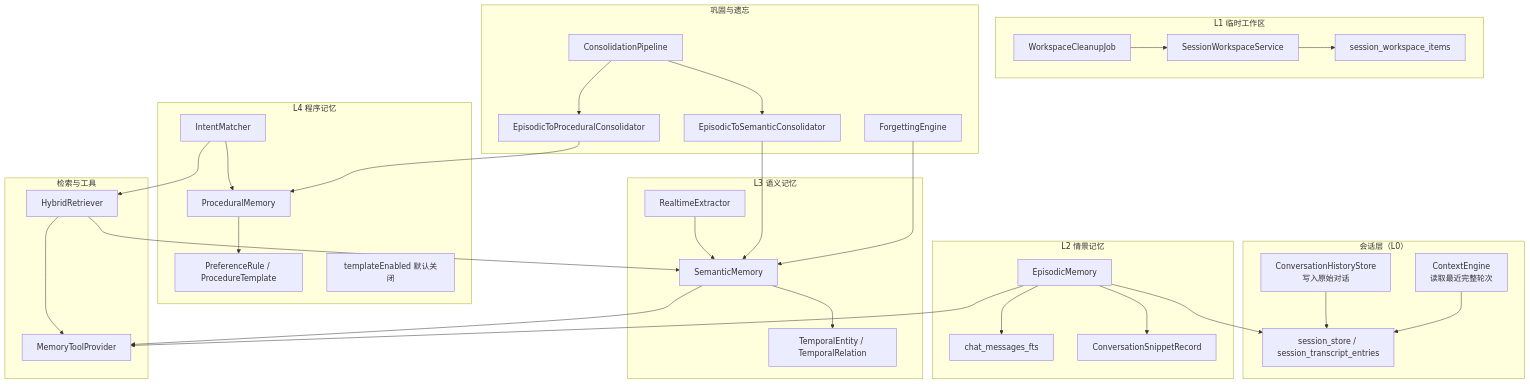
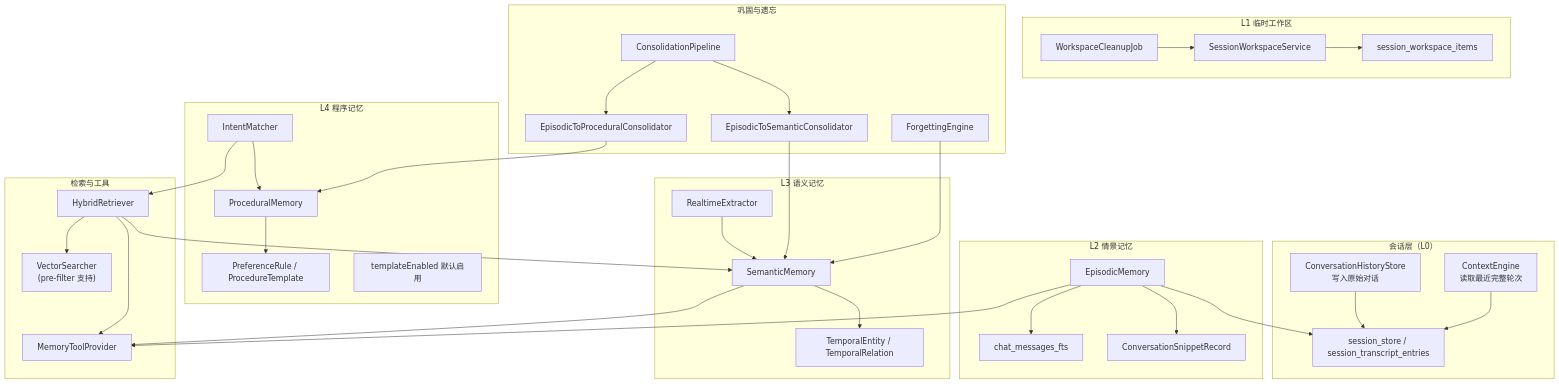
Before and after one commit to ntygod/LifePilot: the first of 4 diagrams in docs/architecture/memory-system.md, drawn with Mermaid. The commit also changed other lines of this file and 26 other files, not shown here.

````diff
--- a/docs/architecture/memory-system.md
+++ b/docs/architecture/memory-system.md
@@ -21,66 +21,68 @@
 ```mermaid
 graph TB
     subgraph "会话层（L0）"
         CHS["ConversationHistoryStore<br/>写入原始对话"]
         CE["ContextEngine<br/>读取最近完整轮次"]
         CMS["session_store / session_transcript_entries"]
         CHS --> CMS
         CE --> CMS
     end
 
     subgraph "L1 临时工作区"
         SWS["SessionWorkspaceService"]
         WCJ["WorkspaceCleanupJob"]
         SWI["session_workspace_items"]
         SWS --> SWI
         WCJ --> SWS
     end
 
     subgraph "L2 情景记忆"
         EM["EpisodicMemory"]
         FTS["chat_messages_fts"]
         CSR["ConversationSnippetRecord"]
         EM --> CMS
         EM --> FTS
         EM --> CSR
     end
 
     subgraph "L3 语义记忆"
         SM["SemanticMemory"]
         RE["RealtimeExtractor"]
         TE["TemporalEntity / TemporalRelation"]
         RE --> SM
         SM --> TE
     end
 
     subgraph "L4 程序记忆"
         PM["ProceduralMemory"]
         IM["IntentMatcher"]
         PR["PreferenceRule / ProcedureTemplate"]
         IM --> PM
         PM --> PR
-        Note["templateEnabled 默认关闭"]
+        Note["templateEnabled 默认启用"]
     end
 
     subgraph "检索与工具"
         HR["HybridRetriever"]
         MTP["MemoryToolProvider"]
+        VS["VectorSearcher<br/>(pre-filter 支持)"]
         HR --> SM
+        HR --> VS
         IM --> HR
         EM --> MTP
         HR --> MTP
         SM --> MTP
     end
 
     subgraph "巩固与遗忘"
         CP["ConsolidationPipeline"]
         FE["ForgettingEngine"]
         ECS["EpisodicToSemanticConsolidator"]
         ECP["EpisodicToProceduralConsolidator"]
         CP --> ECS
         CP --> ECP
         ECS --> SM
         ECP --> PM
         FE --> SM
     end
 ```
````
